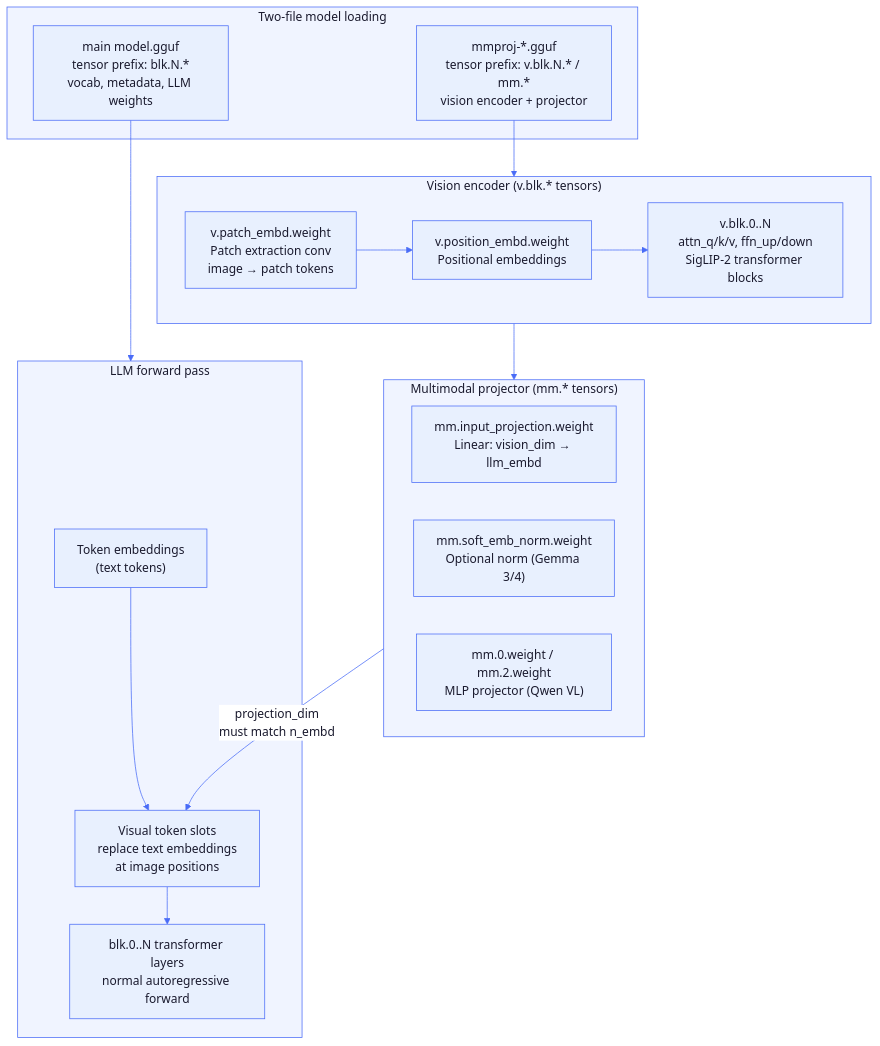
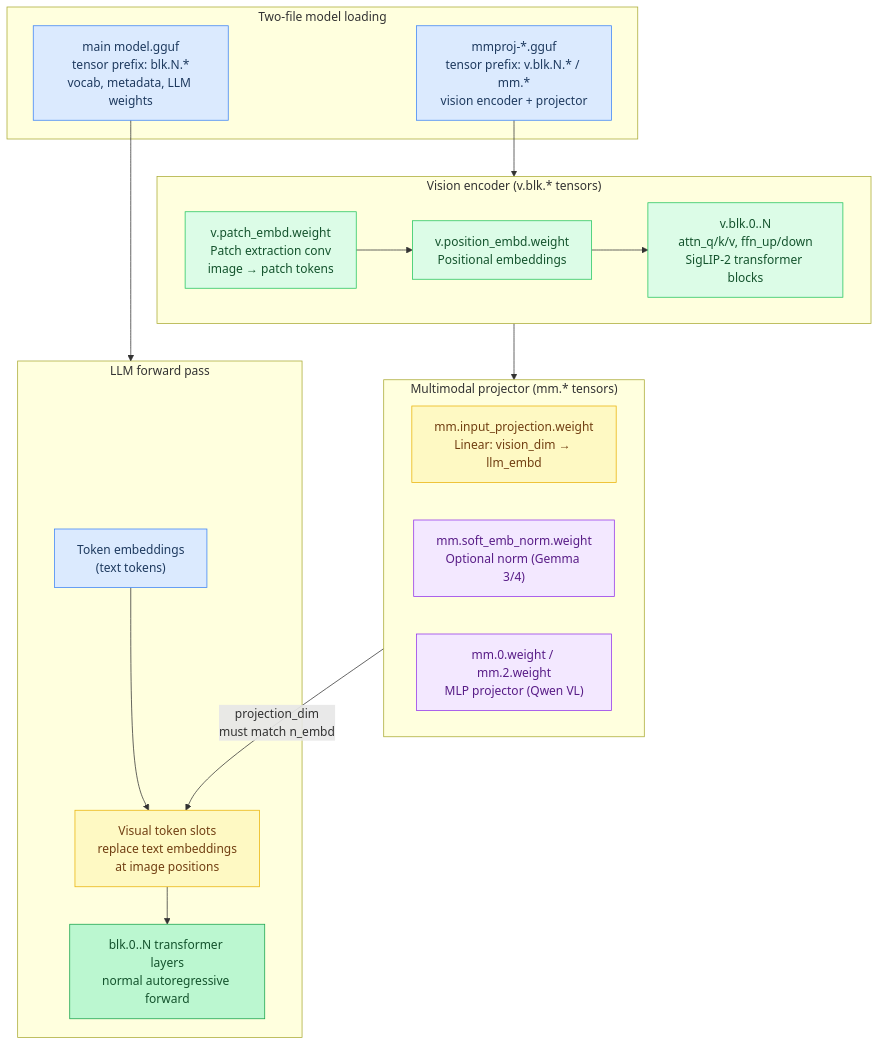
Before and after one commit to maci0/agave: the ninth of 9 diagrams in docs/tutorial/14-format-conventions.md, drawn with Mermaid. The commit also changed other lines of this file and 24 other files, not shown here.

First line of the commit message:
docs: convert all mermaid diagrams to classDef semantic colors

````diff
--- a/docs/tutorial/14-format-conventions.md
+++ b/docs/tutorial/14-format-conventions.md
@@ -808,46 +793,45 @@
 ```mermaid
-%%{init: {'theme': 'base', 'themeVariables': {
-  'primaryColor': '#e8f0fe',
-  'primaryTextColor': '#1a1a2e',
-  'primaryBorderColor': '#4a6cf7',
-  'lineColor': '#4a6cf7',
-  'secondaryColor': '#f0f4ff',
-  'tertiaryColor': '#f8f9ff',
-  'edgeLabelBackground': '#ffffff',
-  'clusterBkg': '#f0f4ff',
-  'clusterBorder': '#4a6cf7',
-  'titleColor': '#1a1a2e',
-  'nodeTextColor': '#1a1a2e',
-  'fontFamily': 'ui-monospace, SFMono-Regular, monospace'
-}}}%%
 flowchart TD
+    classDef setup     fill:#dbeafe,stroke:#3b82f6,color:#1e3a5f
+    classDef sync      fill:#dcfce7,stroke:#22c55e,color:#14532d
+    classDef migration fill:#fef9c3,stroke:#eab308,color:#713f12
+    classDef success   fill:#bbf7d0,stroke:#16a34a,color:#14532d
+    classDef danger    fill:#fee2e2,stroke:#ef4444,color:#7f1d1d
+    classDef optional  fill:#f3e8ff,stroke:#9333ea,color:#581c87
+
+    MainGGUF["main model.gguf\ntensor prefix: blk.N.*\nvocab, metadata, LLM weights"]:::setup
+    MmprojGGUF["mmproj-*.gguf\ntensor prefix: v.blk.N.* / mm.*\nvision encoder + projector"]:::setup
+    Patch["v.patch_embd.weight\nPatch extraction conv\nimage → patch tokens"]:::sync
+    PosEmb["v.position_embd.weight\nPositional embeddings"]:::sync
+    ViT["v.blk.0..N\nattn_q/k/v, ffn_up/down\nSigLIP-2 transformer blocks"]:::sync
+    Proj["mm.input_projection.weight\nLinear: vision_dim → llm_embd"]:::migration
+    Norm["mm.soft_emb_norm.weight\nOptional norm (Gemma 3/4)"]:::optional
+    MLP["mm.0.weight / mm.2.weight\nMLP projector (Qwen VL)"]:::optional
+    TokEmb["Token embeddings\n(text tokens)"]:::setup
+    VizSlot["Visual token slots\nreplace text embeddings\nat image positions"]:::migration
+    Layers["blk.0..N transformer layers\nnormal autoregressive forward"]:::success
+
     subgraph Files["Two-file model loading"]
-        MainGGUF["main model.gguf\ntensor prefix: blk.N.*\nvocab, metadata, LLM weights"]
-        MmprojGGUF["mmproj-*.gguf\ntensor prefix: v.blk.N.* / mm.*\nvision encoder + projector"]
+        MainGGUF
+        MmprojGGUF
     end
 
     subgraph VisionEncoder["Vision encoder (v.blk.* tensors)"]
-        Patch["v.patch_embd.weight\nPatch extraction conv\nimage → patch tokens"]
-        PosEmb["v.position_embd.weight\nPositional embeddings"]
-        ViT["v.blk.0..N\nattn_q/k/v, ffn_up/down\nSigLIP-2 transformer blocks"]
         Patch --> PosEmb --> ViT
     end
 
     subgraph Projector["Multimodal projector (mm.* tensors)"]
-        Proj["mm.input_projection.weight\nLinear: vision_dim → llm_embd"]
-        Norm["mm.soft_emb_norm.weight\nOptional norm (Gemma 3/4)"]
-        MLP["mm.0.weight / mm.2.weight\nMLP projector (Qwen VL)"]
+        Proj
+        Norm
+        MLP
     end
 
     subgraph LLM["LLM forward pass"]
-        TokEmb["Token embeddings\n(text tokens)"]
-        VizSlot["Visual token slots\nreplace text embeddings\nat image positions"]
-        Layers["blk.0..N transformer layers\nnormal autoregressive forward"]
         TokEmb --> VizSlot --> Layers
     end
 
     MmprojGGUF --> VisionEncoder
     VisionEncoder --> Projector
     MainGGUF --> LLM
     Projector -->|"projection_dim\nmust match n_embd"| VizSlot
 ```
````
